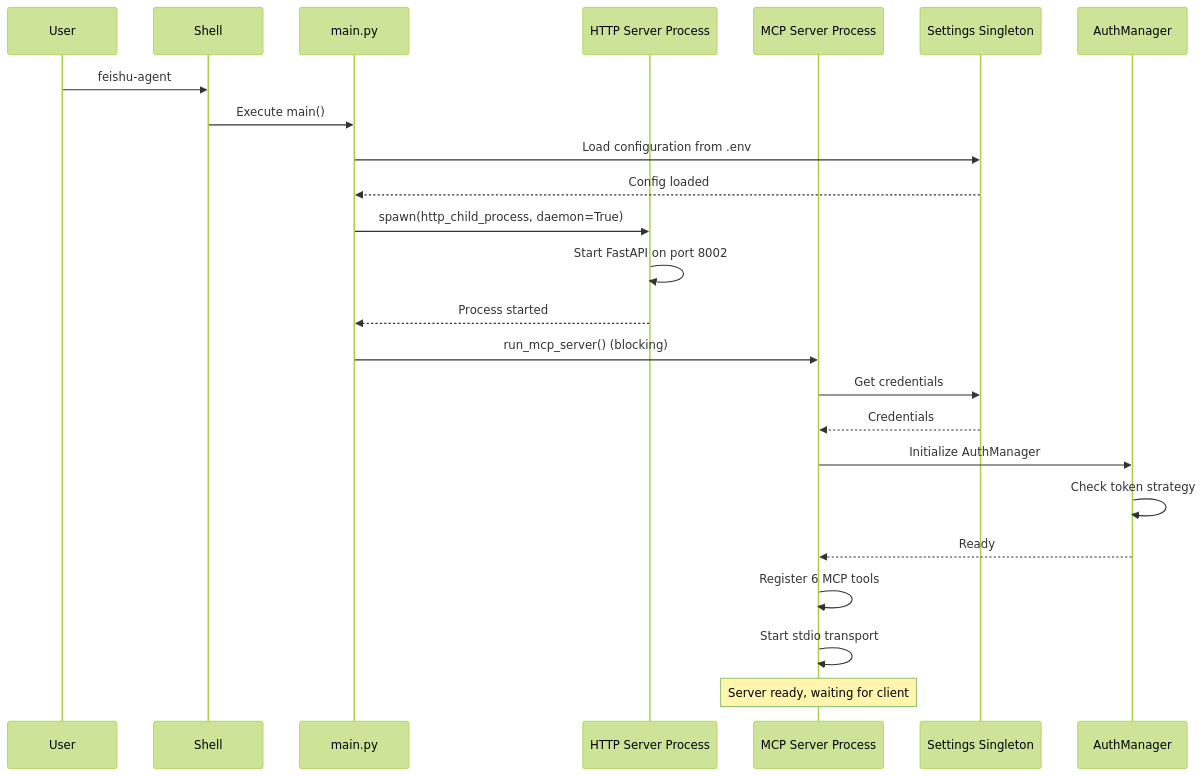
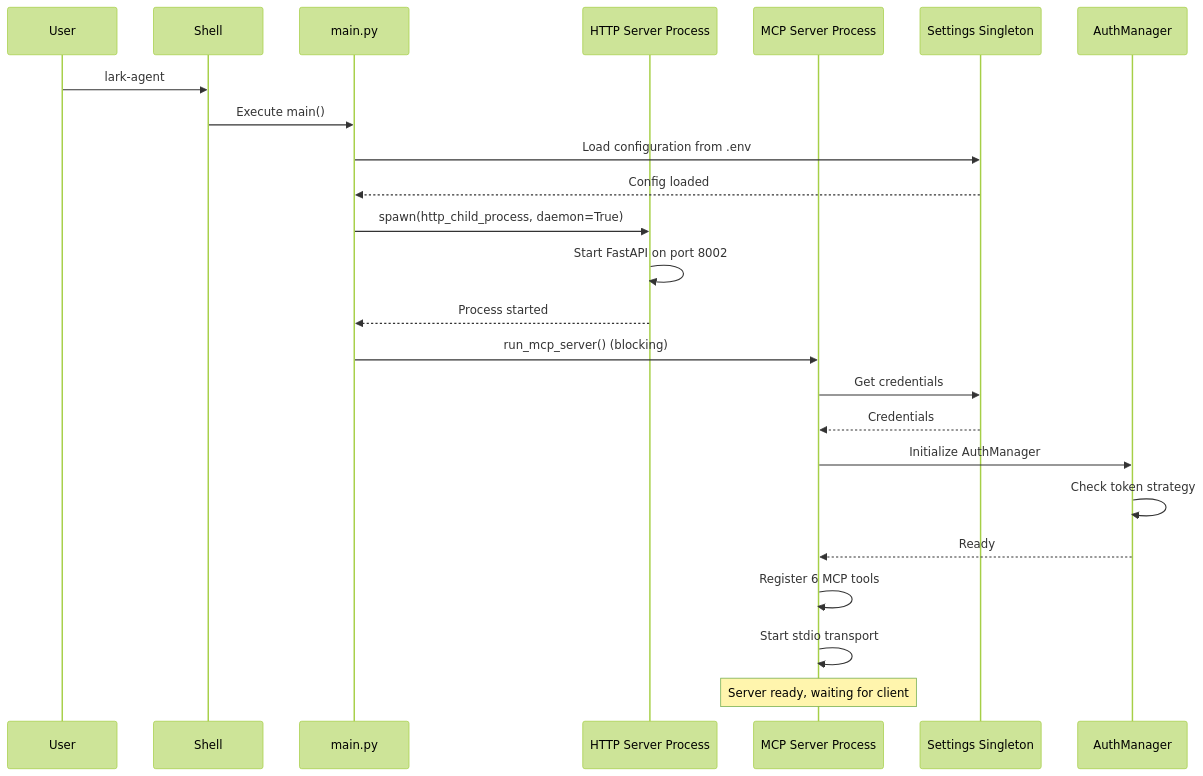
One commit to Wulnut/lark_agent changed the fourth of 6 diagrams in doc/architecture/Getting-Started-Wulnut-feishu_agent---DeepWiki-Getting-Started.md. Above: the diagram before and after it, drawn with Mermaid (forest theme). The commit also changed other lines of this file and 27 other files, not shown here.

Commit message:
refactor: rename project from Feishu Agent to Lark Agent across code and documentation.

````diff
--- a/doc/architecture/Getting-Started-Wulnut-feishu_agent---DeepWiki-Getting-Started.md
+++ b/doc/architecture/Getting-Started-Wulnut-feishu_agent---DeepWiki-Getting-Started.md
@@ -346,27 +346,27 @@
 ```mermaid
 sequenceDiagram
   participant User
   participant Shell
   participant main.py
   participant HTTP Server Process
   participant MCP Server Process
   participant Settings Singleton
   participant AuthManager
 
-  User->>Shell: feishu-agent
+  User->>Shell: lark-agent
   Shell->>main.py: Execute main()
   main.py->>Settings Singleton: Load configuration from .env
   Settings Singleton-->>main.py: Config loaded
   main.py->>HTTP Server Process: spawn(http_child_process, daemon=True)
   HTTP Server Process->>HTTP Server Process: Start FastAPI on port 8002
   HTTP Server Process-->>main.py: Process started
   main.py->>MCP Server Process: run_mcp_server() (blocking)
   MCP Server Process->>Settings Singleton: Get credentials
   Settings Singleton-->>MCP Server Process: Credentials
   MCP Server Process->>AuthManager: Initialize AuthManager
   AuthManager->>AuthManager: Check token strategy
   AuthManager-->>MCP Server Process: Ready
   MCP Server Process->>MCP Server Process: Register 6 MCP tools
   MCP Server Process->>MCP Server Process: Start stdio transport
   note over MCP Server Process: Server ready, waiting for client
 ```
````
